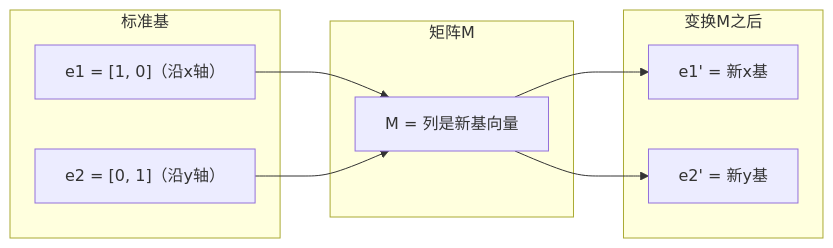
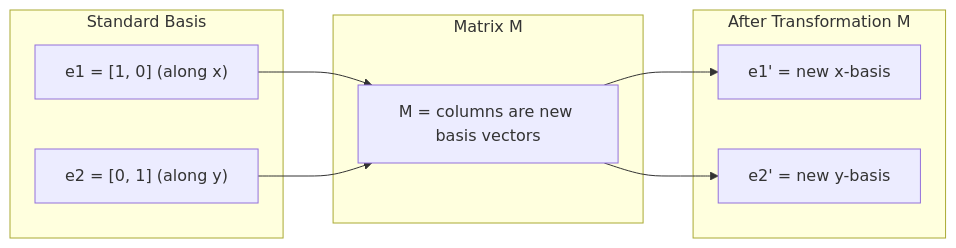
Before and after one commit to xiaojiaenen/ai-engineering-from-scratch-zh: the first of 7 diagrams in i18n/zh/phases/01-math-foundations/03-matrix-transformations/docs/zh.md, drawn with Mermaid. The commit also changed other lines of this file and 22 other files, not shown here.

````diff
--- a/i18n/zh/phases/01-math-foundations/03-matrix-transformations/docs/zh.md
+++ b/i18n/zh/phases/01-math-foundations/03-matrix-transformations/docs/zh.md
@@ -29,16 +29,16 @@
 ```mermaid
 graph LR
-    subgraph Before["标准基"]
-        e1["e1 = [1, 0]（沿x轴）"]
-        e2["e2 = [0, 1]（沿y轴）"]
+    subgraph Before["Standard Basis"]
+        e1["e1 = [1, 0] (along x)"]
+        e2["e2 = [0, 1] (along y)"]
     end
-    subgraph Transform["矩阵M"]
-        M["M = 列是新基向量"]
+    subgraph Transform["Matrix M"]
+        M["M = columns are new basis vectors"]
     end
-    subgraph After["变换M之后"]
-        e1p["e1' = 新x基"]
-        e2p["e2' = 新y基"]
+    subgraph After["After Transformation M"]
+        e1p["e1' = new x-basis"]
+        e2p["e2' = new y-basis"]
     end
     e1 --> M --> e1p
     e2 --> M --> e2p
 ```
````
